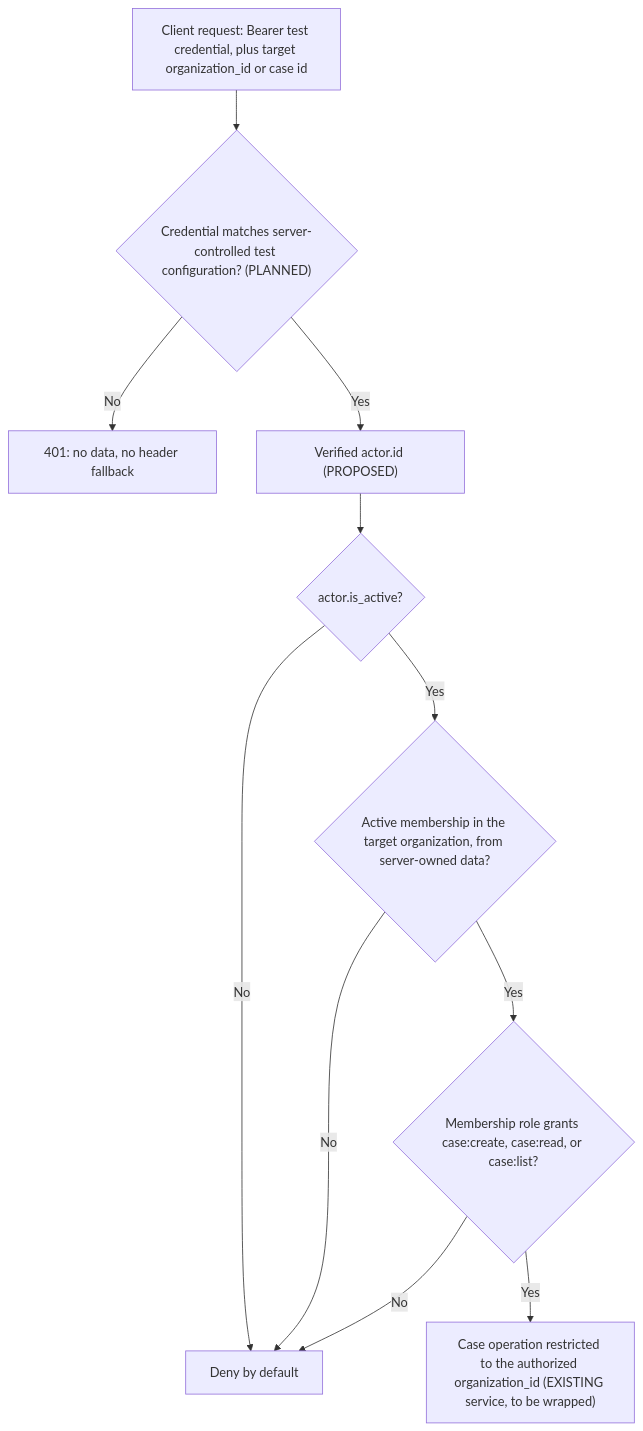
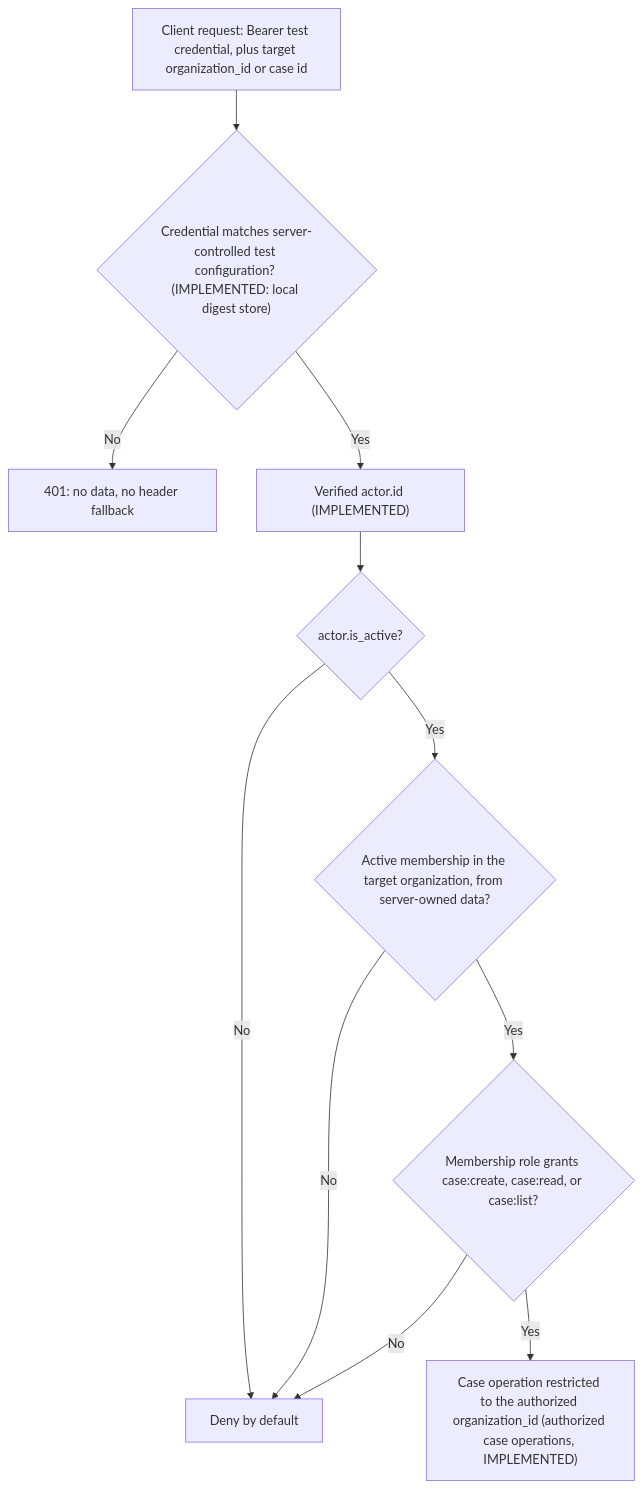
The second of 3 diagrams in docs/identity-model.md (asadhanif3188/Enterprise-AI-Service-Operations), drawn with Mermaid before and after one commit. The commit also changed other lines of this file and 12 other files, not shown here.

````diff
--- a/docs/identity-model.md
+++ b/docs/identity-model.md
@@ -193,13 +194,13 @@
 ```mermaid
 flowchart TD
-    C["Client request: Bearer test credential, plus target organization_id or case id"] --> V{"Credential matches server-controlled test configuration? (PLANNED)"}
+    C["Client request: Bearer test credential, plus target organization_id or case id"] --> V{"Credential matches server-controlled test configuration? (IMPLEMENTED: local digest store)"}
     V -->|No| E["401: no data, no header fallback"]
-    V -->|Yes| A["Verified actor.id (PROPOSED)"]
+    V -->|Yes| A["Verified actor.id (IMPLEMENTED)"]
     A --> AA{"actor.is_active?"}
     AA -->|No| D["Deny by default"]
     AA -->|Yes| M{"Active membership in the target organization, from server-owned data?"}
     M -->|No| D
     M -->|Yes| P{"Membership role grants case:create, case:read, or case:list?"}
     P -->|No| D
-    P -->|Yes| S["Case operation restricted to the authorized organization_id (EXISTING service, to be wrapped)"]
+    P -->|Yes| S["Case operation restricted to the authorized organization_id (authorized case operations, IMPLEMENTED)"]
 ```
````
